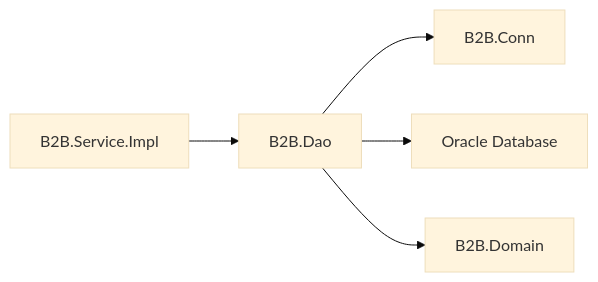
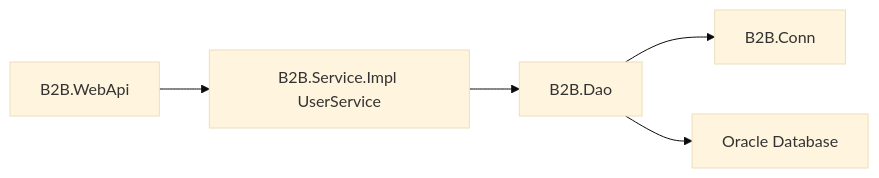
Before and after one commit to rexmax1018/B2B_API: the diagram in B2B.Dao/README.md, drawn with Mermaid (base theme). The commit also changed other lines of this file and 44 other files, not shown here.

Commit message:
Add entry credential authentication and user query API

````diff
--- a/B2B.Dao/README.md
+++ b/B2B.Dao/README.md
@@ -7,13 +7,11 @@
 ```mermaid
 flowchart LR
-    ServiceImpl["B2B.Service.Impl"]
+    WebApi["B2B.WebApi"]
+    ServiceImpl["B2B.Service.Impl UserService"]
     Dao["B2B.Dao"]
     Conn["B2B.Conn"]
     Oracle["Oracle Database"]
-    Domain["B2B.Domain"]
 
-    ServiceImpl --> Dao
-    Dao --> Conn
+    WebApi --> ServiceImpl --> Dao --> Conn
     Dao --> Oracle
-    Dao --> Domain
 ```
````
